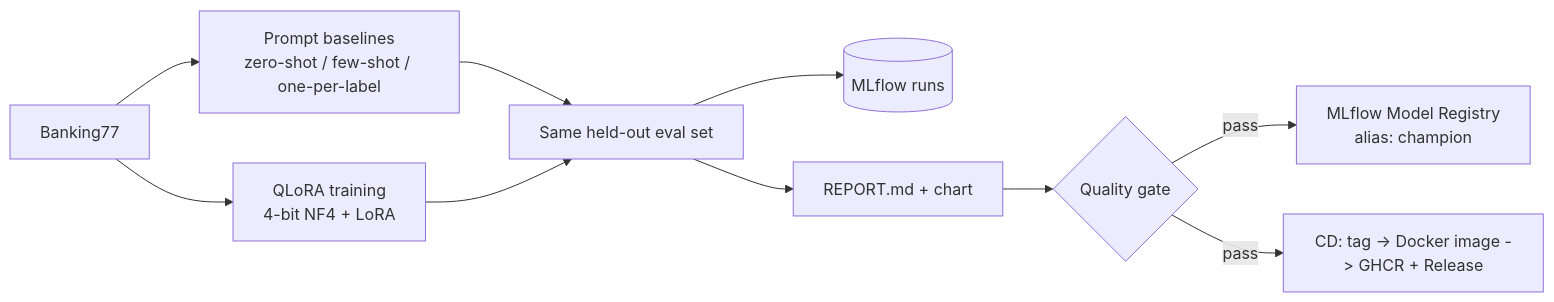
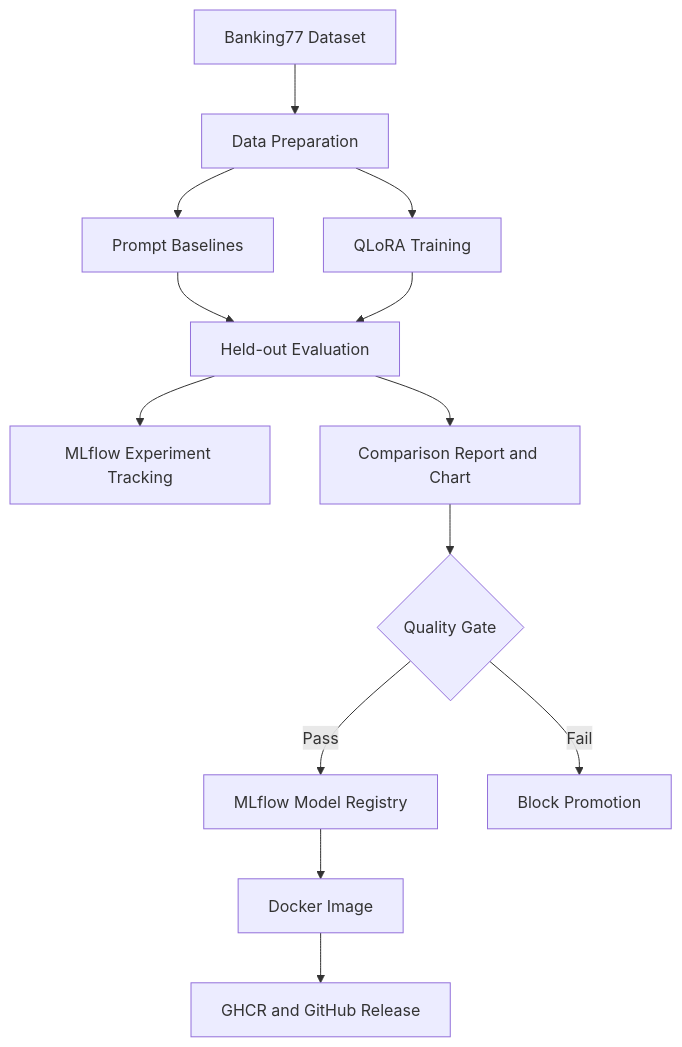
One commit to IamKD64/janus-llm changed the diagram in README.md. Above: the diagram before and after it, drawn with Mermaid. The commit also changed other lines of this file and 15 other files, not shown here.

````diff
--- a/README.md
+++ b/README.md
@@ -9,12 +56,21 @@
 ```mermaid
-flowchart LR
-  D[Banking77] --> B[Prompt baselines<br/>zero-shot / few-shot / one-per-label]
-  D --> T[QLoRA training<br/>4-bit NF4 + LoRA]
-  B --> E[Same held-out eval set]
-  T --> E
-  E --> M[(MLflow runs)]
-  E --> R[REPORT.md + chart]
-  R --> G{Quality gate}
-  G -- pass --> P[MLflow Model Registry<br/>alias: champion]
-  G -- pass --> C[CD: tag -> Docker image -> GHCR + Release]
+flowchart TD
+    A[Banking77 Dataset] --> B[Data Preparation]
+
+    B --> C[Prompt Baselines]
+    B --> D[QLoRA Training]
+
+    C --> E[Held-out Evaluation]
+    D --> E
+
+    E --> F[MLflow Experiment Tracking]
+    E --> G[Comparison Report and Chart]
+
+    G --> H{Quality Gate}
+
+    H -->|Pass| I[MLflow Model Registry]
+    H -->|Fail| J[Block Promotion]
+
+    I --> K[Docker Image]
+    K --> L[GHCR and GitHub Release]
 ```
````
